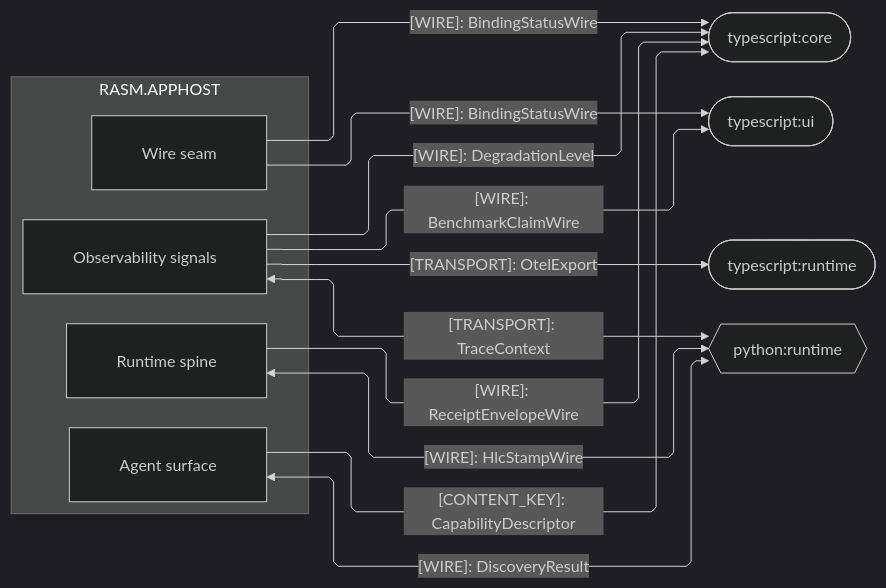
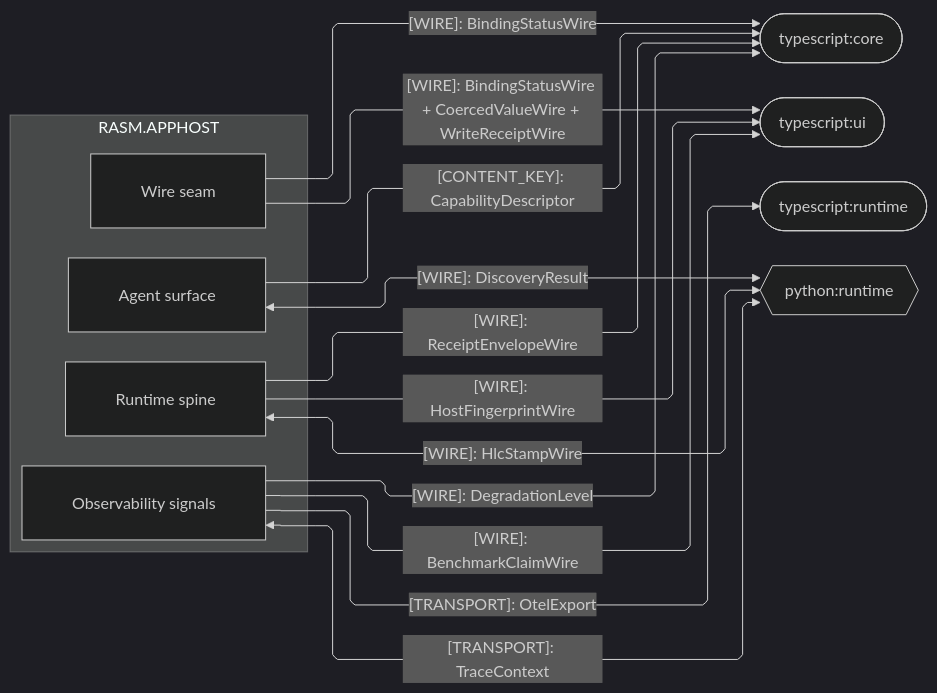
Before and after one commit to bsamiee/Rasm: the second of 4 diagrams in libs/csharp/Rasm.AppHost/ARCHITECTURE.md, drawn with Mermaid (dark theme). The commit also changed other lines of this file and 486 other files, not shown here.

````diff
--- a/libs/csharp/Rasm.AppHost/ARCHITECTURE.md
+++ b/libs/csharp/Rasm.AppHost/ARCHITECTURE.md
@@ -116,32 +116,33 @@
 ```mermaid
 ---
 config:
   layout: elk
   flowchart:
     curve: linear
     padding: 25
 ---
 flowchart LR
     accTitle: AppHost cross-runtime wire seams
     accDescr: AppHost sub-domain owners exchanging kinded wires, content keys, and transport with the TypeScript core, ui, and runtime packages and the Python runtime, each edge labeled by its kind and each seam directed one-way or bidirectional.
     subgraph apphost[RASM.APPHOST]
         Agent[Agent surface]
         Runtime[Runtime spine]
         Wire[Wire seam]
         Observability[Observability signals]
     end
     Core([typescript:core])
     Ui([typescript:ui])
     TsRuntime([typescript:runtime])
     PyRuntime{{python:runtime}}
     Agent -->|"[CONTENT_KEY]: CapabilityDescriptor"| Core
     Runtime -->|"[WIRE]: ReceiptEnvelopeWire"| Core
     Observability -->|"[WIRE]: DegradationLevel"| Core
     Wire -->|"[WIRE]: BindingStatusWire"| Core
-    Wire -->|"[WIRE]: BindingStatusWire"| Ui
+    Wire -->|"[WIRE]: BindingStatusWire + CoercedValueWire + WriteReceiptWire"| Ui
+    Runtime -->|"[WIRE]: HostFingerprintWire"| Ui
     Observability e10@-->|"[WIRE]: BenchmarkClaimWire"| Ui
     Observability -->|"[TRANSPORT]: OtelExport"| TsRuntime
     Agent <-->|"[WIRE]: DiscoveryResult"| PyRuntime
     Observability <-->|"[TRANSPORT]: TraceContext"| PyRuntime
     Runtime <-->|"[WIRE]: HlcStampWire"| PyRuntime
 ```
````
